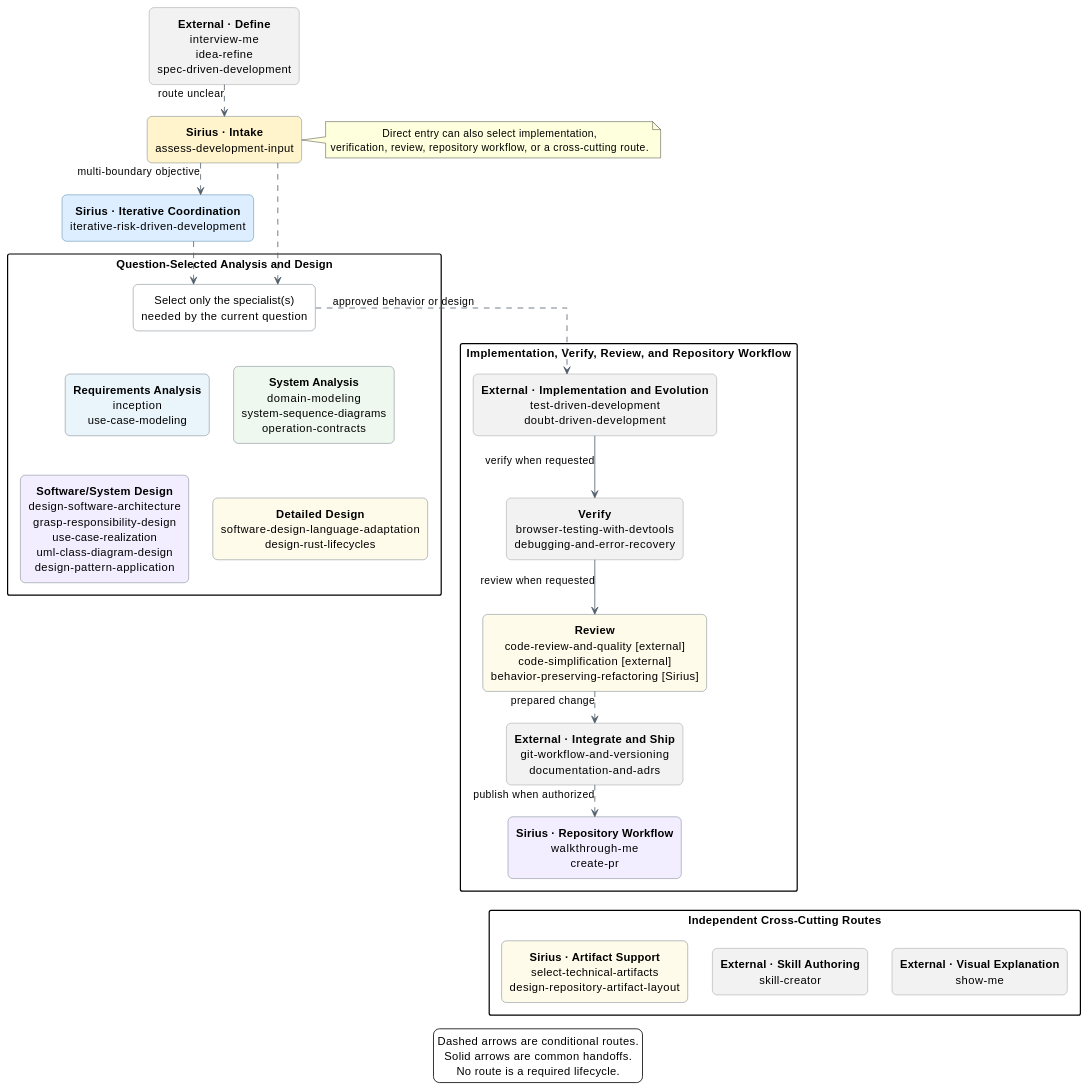
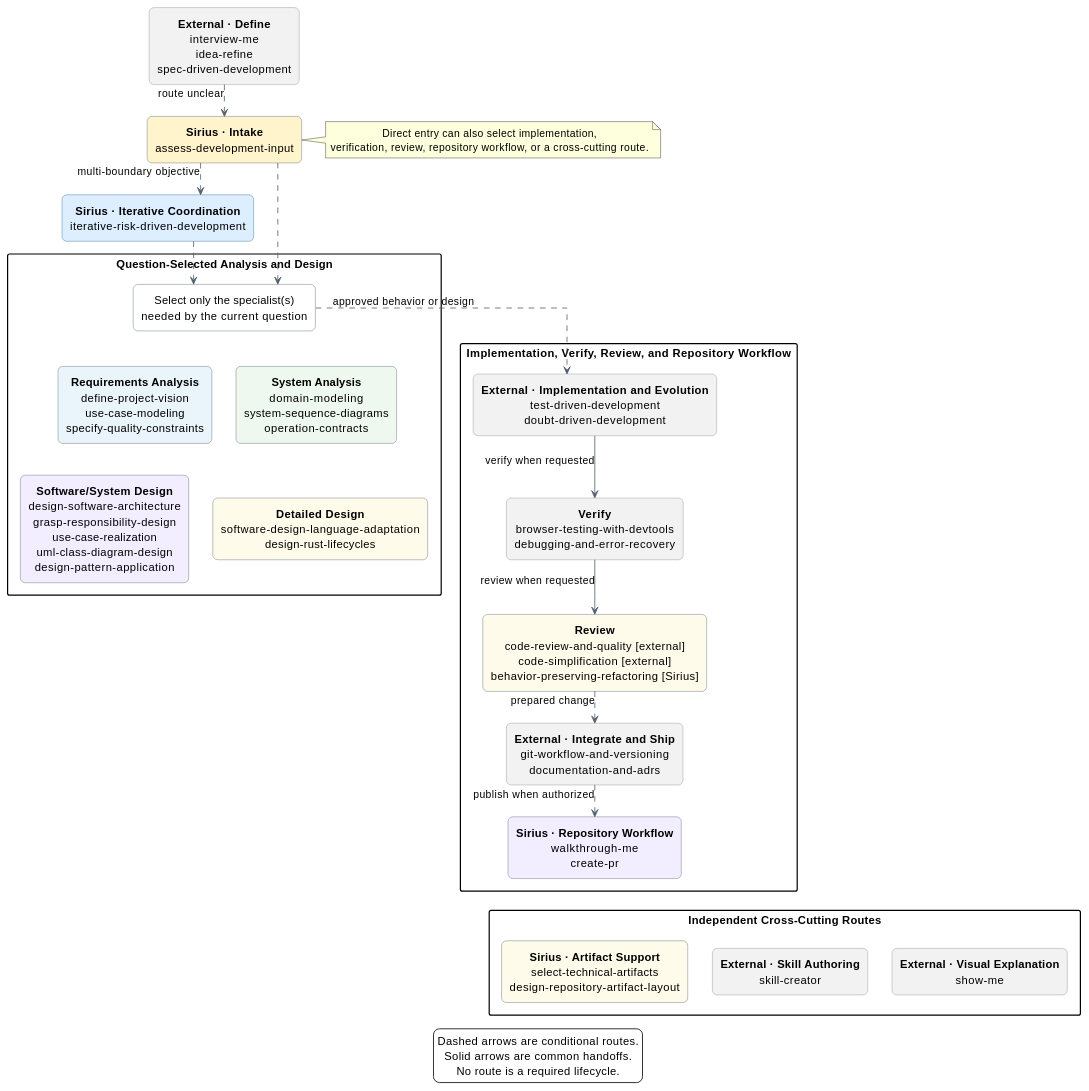
One commit to sirius-cc-wu/sirius-skills changed the first of 4 diagrams in catalog/skill-relationships.md. Above: the diagram before and after it, drawn with PlantUML. The commit also changed other lines of this file and 35 other files, not shown here.

```diff
--- a/catalog/skill-relationships.md
+++ b/catalog/skill-relationships.md
@@ -67,8 +67,9 @@
   ]
   rectangle requirements #EAF4FB [
   **Requirements Analysis**
-  inception
+  define-project-vision
   use-case-modeling
+  specify-quality-constraints
   ]
   rectangle systemAnalysis #EEF8EE [
   **System Analysis**
```
